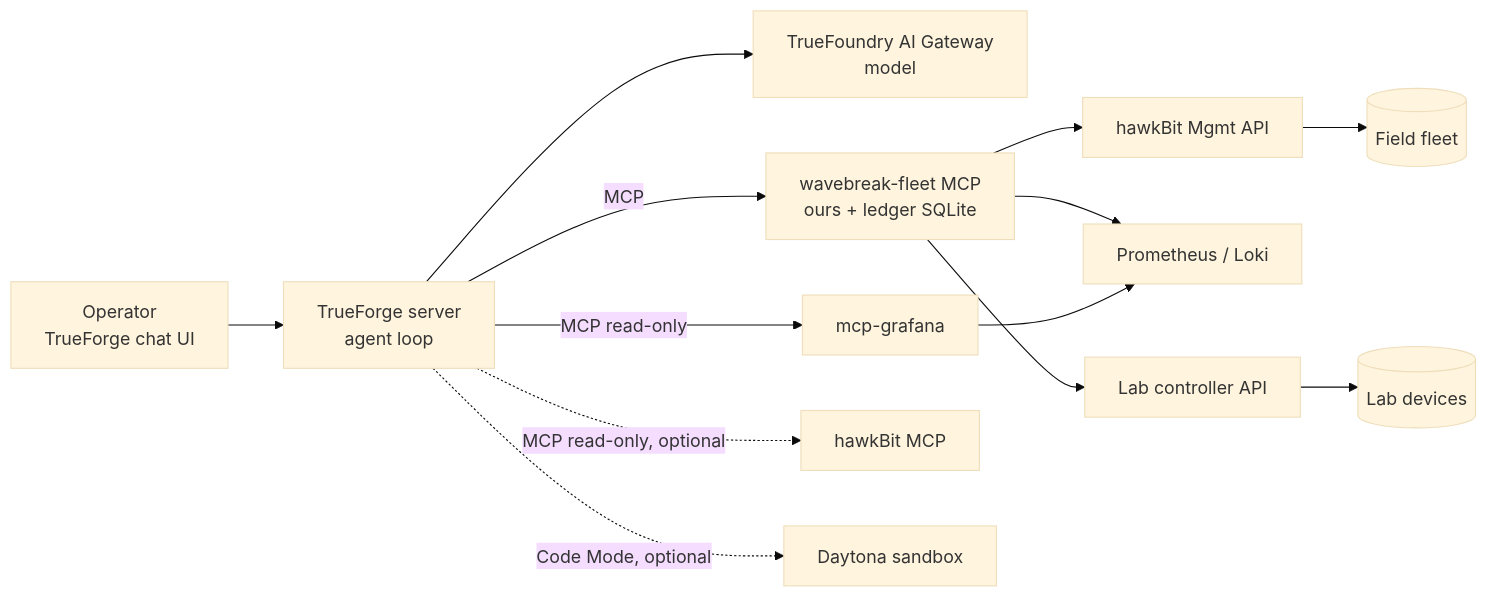
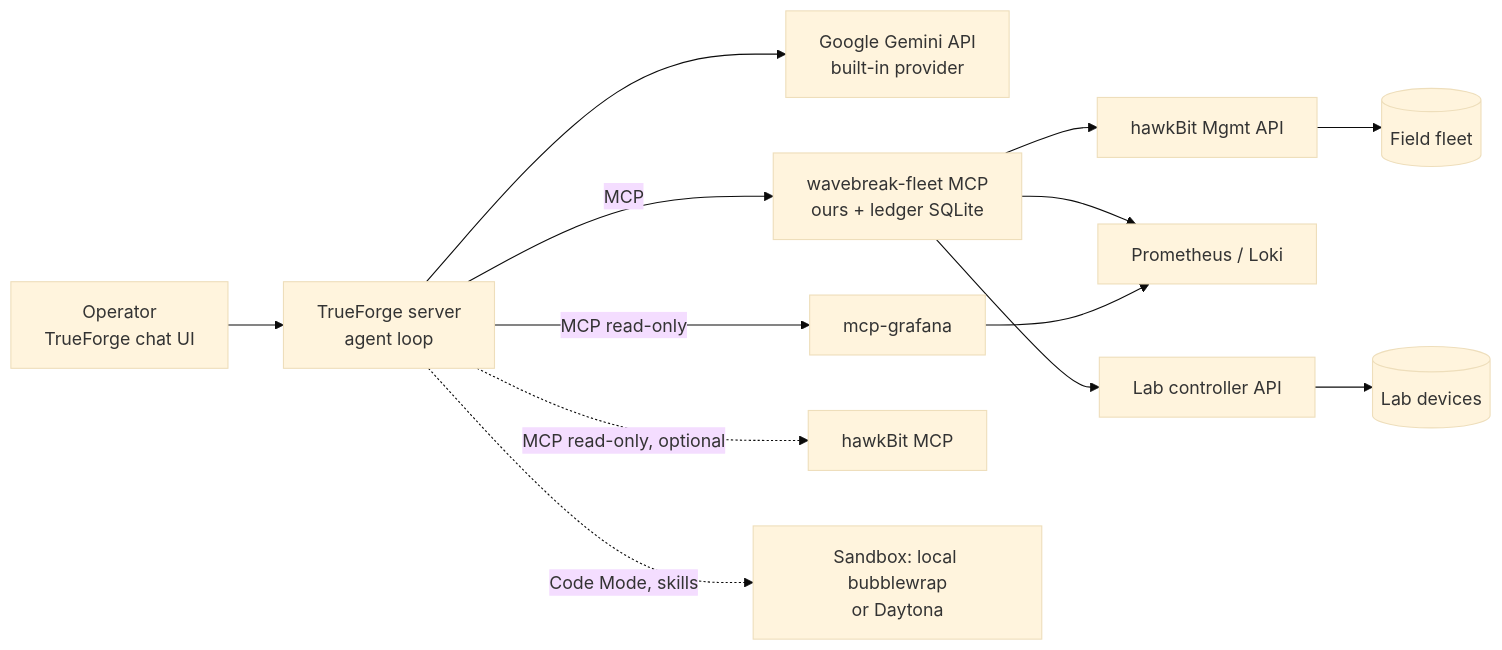
One commit to phoenixsac/wavebreak changed the first of 2 diagrams in docs/agent-design.md. Above: the diagram before and after it, drawn with Mermaid (base theme). The commit also changed other lines of this file and 15 other files, not shown here.

First line of the commit message:
Verify TrueForge: approvals, timeouts, Gemini provider, local sandbox

````diff
--- a/docs/agent-design.md
+++ b/docs/agent-design.md
@@ -132,15 +136,15 @@
 ```mermaid
 flowchart LR
   U[Operator<br/>TrueForge chat UI] --> TF[TrueForge server<br/>agent loop]
-  TF --> GW[TrueFoundry AI Gateway<br/>model]
+  TF --> GW[Google Gemini API<br/>built-in provider]
   TF -->|MCP| FM[wavebreak-fleet MCP<br/>ours + ledger SQLite]
   TF -->|MCP read-only| GM[mcp-grafana]
   TF -.->|MCP read-only, optional| HM[hawkBit MCP]
-  TF -.->|Code Mode, optional| DS[Daytona sandbox]
+  TF -.->|Code Mode, skills| DS[Sandbox: local bubblewrap<br/>or Daytona]
   FM --> HB[hawkBit Mgmt API]
   FM --> PR[Prometheus / Loki]
   FM --> LC[Lab controller API]
   GM --> PR
   HB --> F[(Field fleet)]
   LC --> L[(Lab devices)]
 ```
````
